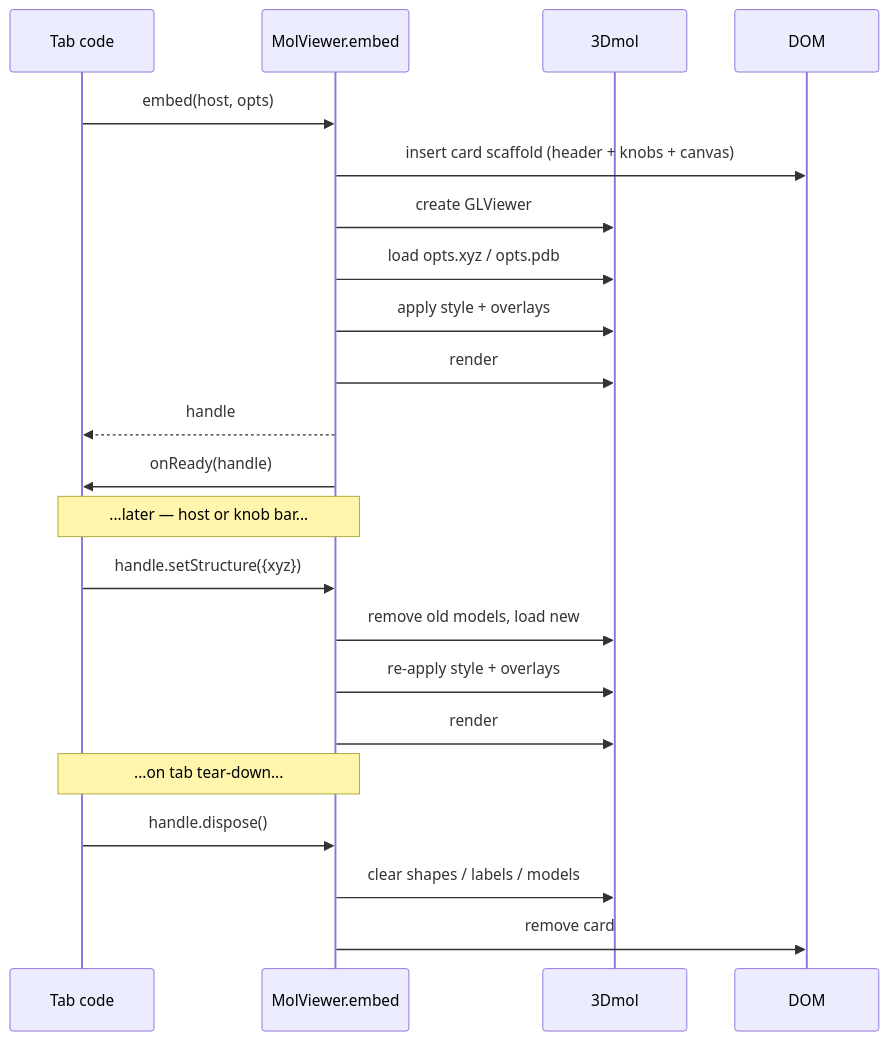
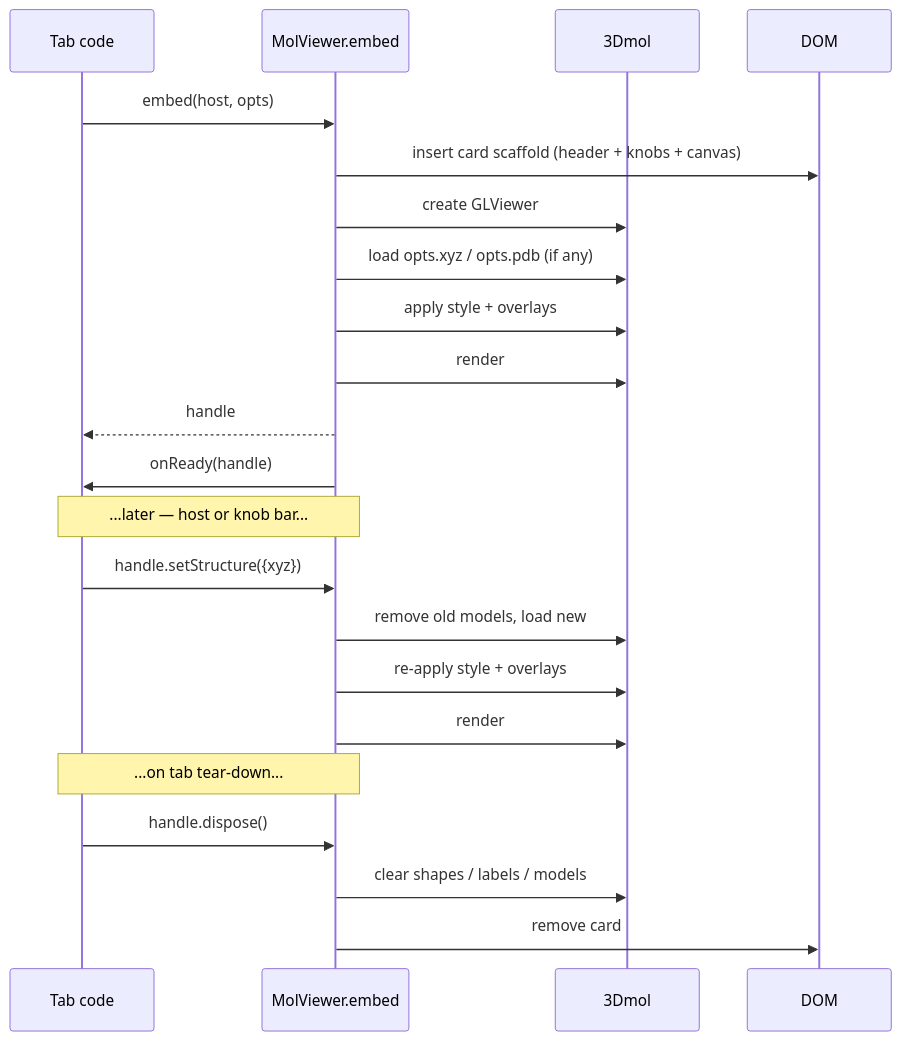
The diagram in docs/protocols/embedded-viewer.md (Qing-LAB/molbuilder), drawn with Mermaid before and after one commit. The commit also changed other lines of this file, not shown here.

````diff
--- a/docs/protocols/embedded-viewer.md
+++ b/docs/protocols/embedded-viewer.md
@@ -540,29 +874,29 @@
 ```mermaid
 sequenceDiagram
     participant Tab as Tab code
     participant Embed as MolViewer.embed
     participant TDmol as 3Dmol
     participant DOM
 
     Tab->>Embed: embed(host, opts)
     Embed->>DOM: insert card scaffold (header + knobs + canvas)
     Embed->>TDmol: create GLViewer
-    Embed->>TDmol: load opts.xyz / opts.pdb
+    Embed->>TDmol: load opts.xyz / opts.pdb (if any)
     Embed->>TDmol: apply style + overlays
     Embed->>TDmol: render
     Embed-->>Tab: handle
     Embed->>Tab: onReady(handle)
 
     Note over Tab,Embed: ...later — host or knob bar...
 
     Tab->>Embed: handle.setStructure({xyz})
     Embed->>TDmol: remove old models, load new
     Embed->>TDmol: re-apply style + overlays
     Embed->>TDmol: render
 
     Note over Tab,Embed: ...on tab tear-down...
 
     Tab->>Embed: handle.dispose()
     Embed->>TDmol: clear shapes / labels / models
     Embed->>DOM: remove card
 ```
````
